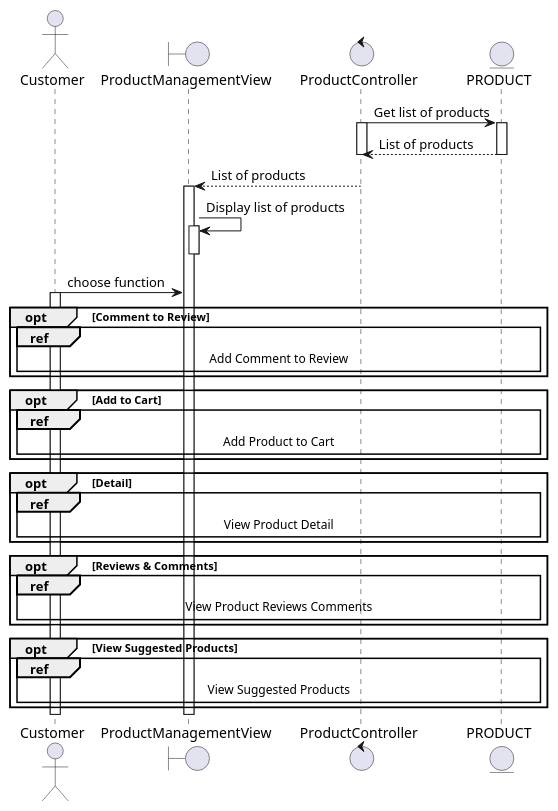
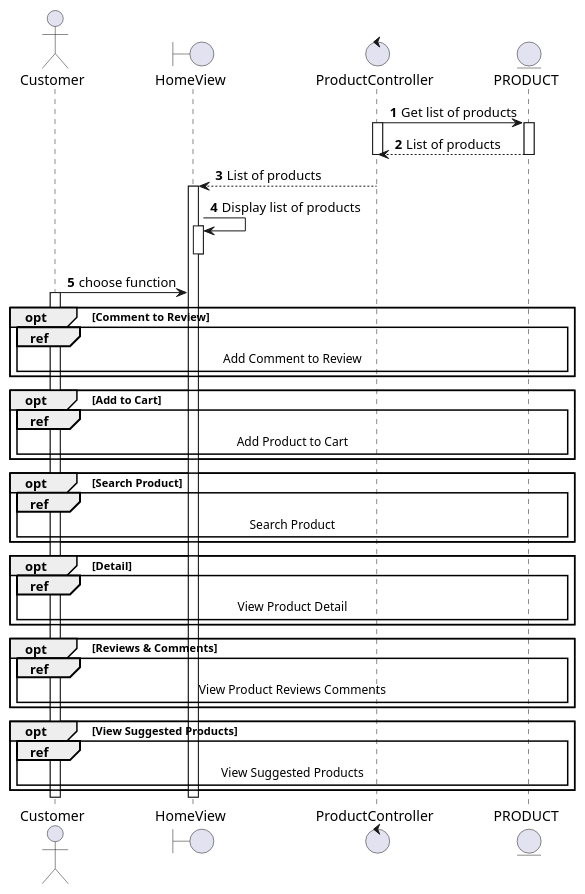
One commit to electricilies/electricilies.github.io changed the diagram in docs/docs/sequence/view-product/view-product.md. Above: the diagram before and after it, drawn with PlantUML. The commit also changed 7 other files, not shown here.

Commit message:
fix(sequence): some messes from @NTGNguyen and new view-suggested-product, view-product-detail

````diff
--- a/docs/docs/sequence/view-product/view-product.md
+++ b/docs/docs/sequence/view-product/view-product.md
@@ -3,48 +3,54 @@
 ```plantuml
 @startuml
+autonumber
+
 actor Customer as C
-boundary ProductManagementView as PMV
+boundary HomeView as HV
 control ProductController as PC
 entity PRODUCT as P
 
 PC -> P: Get list of products
 activate PC
 activate P
 PC <-- P: List of products
 deactivate P
 deactivate PC
 
-PMV <-- PC: List of products
-activate PMV
-PMV -> PMV: Display list of products
-activate PMV
-deactivate PMV
+HV <-- PC: List of products
+activate HV
+HV -> HV: Display list of products
+activate HV
+deactivate HV
 
-C -> PMV: choose function
+C -> HV: choose function
 activate C
 
 opt Comment to Review
-  ref over C, P : Add Comment to Review
+  ref over C, P: Add Comment to Review
 end
 
 opt Add to Cart
-  ref over C, P : Add Product to Cart
+  ref over C, P: Add Product to Cart
+end
+
+opt Search Product
+  ref over C, P: Search Product
 end
 
 opt Detail
-  ref over C, P : View Product Detail
+  ref over C, P: View Product Detail
 end
 
 opt Reviews & Comments
-  ref over C, P : View Product Reviews Comments
+  ref over C, P: View Product Reviews Comments
 end
 
 opt View Suggested Products
-  ref over C, P : View Suggested Products
+  ref over C, P: View Suggested Products
 end
 
-deactivate PMV
+deactivate HV
 deactivate C
 
 @enduml
 ```
````
